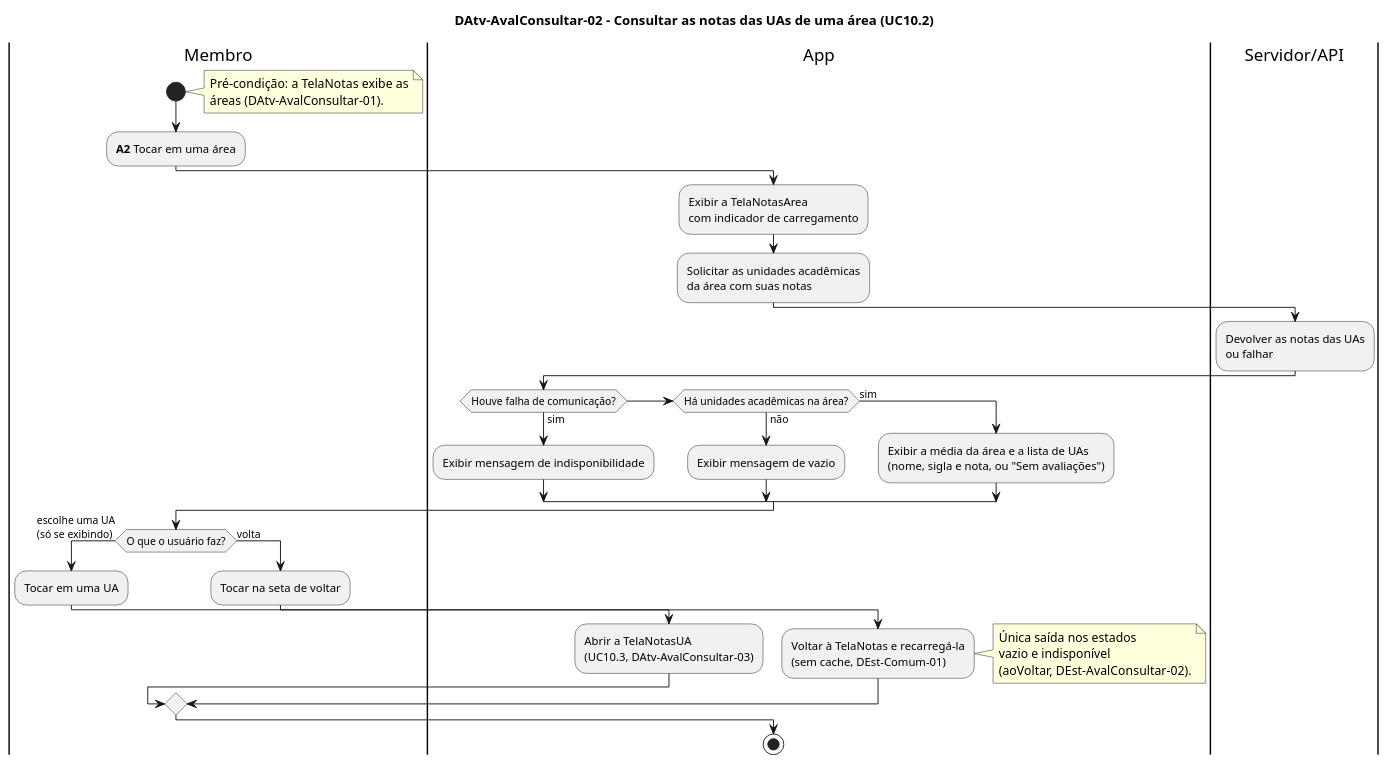
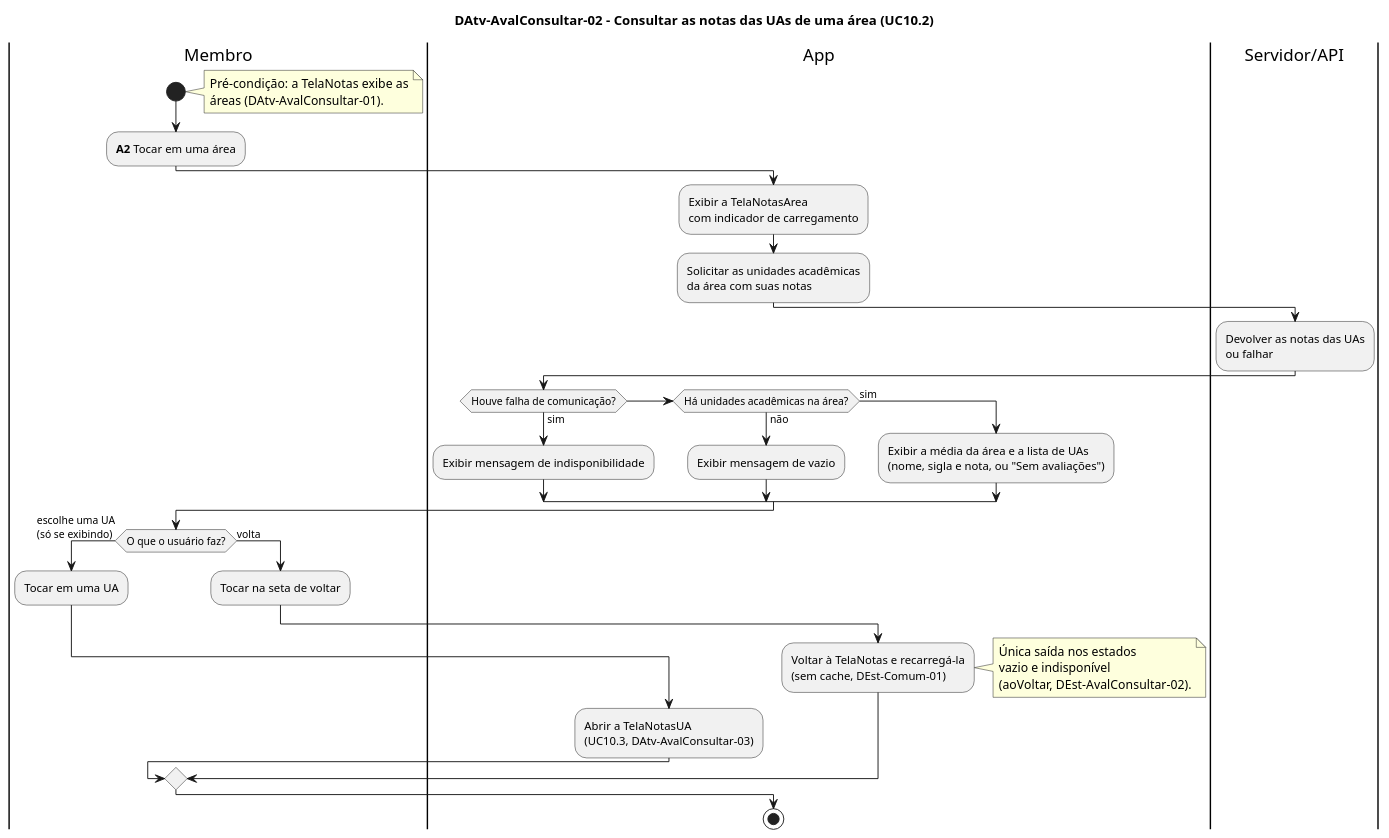
Before and after one commit to joseduardogon/Minha_UFG_Grupo_Cinza: the diagram in AvalConsultar/DAtv-AvalConsultar-02.puml, drawn with PlantUML. The commit also changed 8 other files, not shown here.

```diff
--- a/AvalConsultar/DAtv-AvalConsultar-02.puml
+++ b/AvalConsultar/DAtv-AvalConsultar-02.puml
@@ -1,41 +1,42 @@
 @startuml DAtv-AvalConsultar-02
 title DAtv-AvalConsultar-02 – Consultar as notas das UAs de uma área (UC10.2)
 
 |Membro|
 start
 note right
   Pré-condição: a TelaNotas exibe as
   áreas (DAtv-AvalConsultar-01).
 end note
 :**A2** Tocar em uma área;
 |App|
 :Exibir a TelaNotasArea\ncom indicador de carregamento;
 :Solicitar as unidades acadêmicas\nda área com suas notas;
 |Servidor/API|
 :Devolver as notas das UAs\nou falhar;
 |App|
 if (Houve falha de comunicação?) then (sim)
   :Exibir mensagem de indisponibilidade;
 elseif (Há unidades acadêmicas na área?) then (não)
   :Exibir mensagem de vazio;
 else (sim)
   :Exibir a média da área e a lista de UAs\n(nome, sigla e nota, ou "Sem avaliações");
 endif
 |Membro|
 if (O que o usuário faz?) then (escolhe uma UA\n(só se exibindo))
   :Tocar em uma UA;
+  -> \n\n\n\n;
   |App|
   :Abrir a TelaNotasUA\n(UC10.3, DAtv-AvalConsultar-03);
 else (volta)
   |Membro|
   :Tocar na seta de voltar;
   |App|
   :Voltar à TelaNotas e recarregá-la\n(sem cache, DEst-Comum-01);
   note right
     Única saída nos estados
     vazio e indisponível
     (aoVoltar, DEst-AvalConsultar-02).
   end note
 endif
 stop
 @enduml
```
